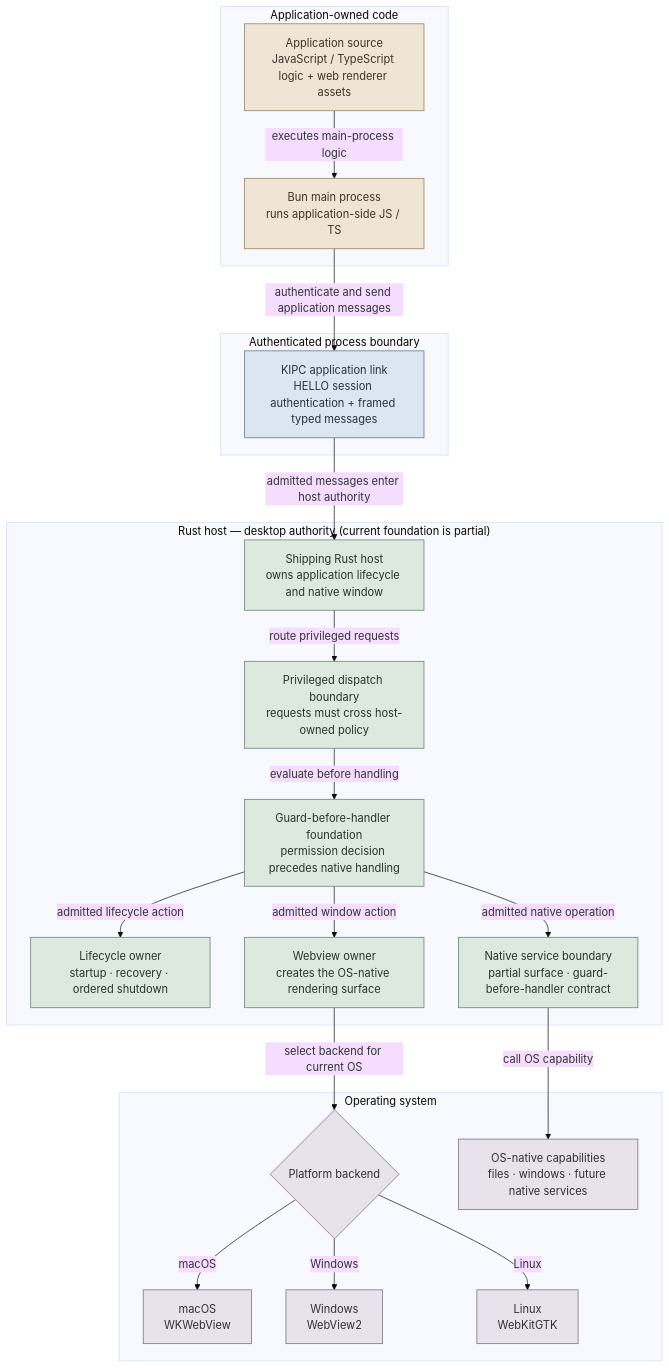
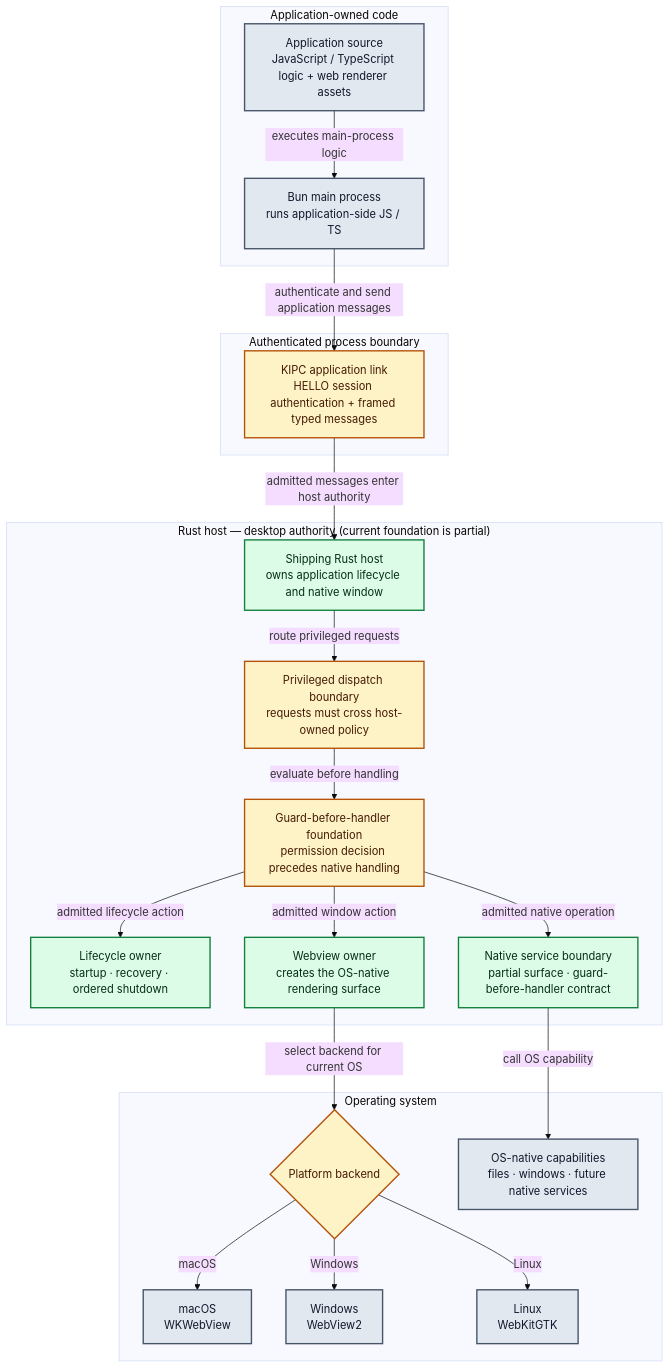
The second of 3 diagrams in README.md (gyldlab/keld), drawn with Mermaid (base theme) before and after one commit. The commit also changed other lines of this file, not shown here.

Commit message:
docs(readme): align prerequisites and Mermaid policy

````diff
--- a/README.md
+++ b/README.md
@@ -147,52 +145,52 @@
 ```mermaid
 flowchart TB
+    accTitle: KELD runtime and desktop authority boundary
+    accDescr: Application JavaScript and TypeScript run in Bun, authenticate through the KIPC application link, and cross into the Rust host, which owns lifecycle, policy, native operations, and the operating-system webview backends.
     subgraph APPLICATION["Application-owned code"]
         APP["Application source<br/>JavaScript / TypeScript logic + web renderer assets"]
         BUN["Bun main process<br/>runs application-side JS / TS"]
         APP -->|"executes main-process logic"| BUN
     end
 
     subgraph TRUST["Authenticated process boundary"]
         KIPC["KIPC application link<br/>HELLO session authentication + framed typed messages"]
     end
 
     subgraph RUST["Rust host — desktop authority (current foundation is partial)"]
         HOST["Shipping Rust host<br/>owns application lifecycle and native window"]
         DISPATCH["Privileged dispatch boundary<br/>requests must cross host-owned policy"]
         GUARD["Guard-before-handler foundation<br/>permission decision precedes native handling"]
         LIFECYCLE["Lifecycle owner<br/>startup · recovery · ordered shutdown"]
         WEBVIEW["Webview owner<br/>creates the OS-native rendering surface"]
         NATIVE["Native service boundary<br/>partial surface · guard-before-handler contract"]
     end
 
     subgraph OS["Operating system"]
         BACKEND{"Platform backend"}
         WK["macOS<br/>WKWebView"]
         WV2["Windows<br/>WebView2"]
         WGTK["Linux<br/>WebKitGTK"]
         SERVICES["OS-native capabilities<br/>files · windows · future native services"]
     end
 
     BUN -->|"authenticate and send application messages"| KIPC
     KIPC -->|"admitted messages enter host authority"| HOST
     HOST -->|"route privileged requests"| DISPATCH
     DISPATCH -->|"evaluate before handling"| GUARD
     GUARD -->|"admitted lifecycle action"| LIFECYCLE
     GUARD -->|"admitted window action"| WEBVIEW
     GUARD -->|"admitted native operation"| NATIVE
     WEBVIEW -->|"select backend for current OS"| BACKEND
     BACKEND -->|"macOS"| WK
     BACKEND -->|"Windows"| WV2
     BACKEND -->|"Linux"| WGTK
     NATIVE -->|"call OS capability"| SERVICES
 
-    classDef app fill:#EEE5D5,stroke:#9B8867,color:#3B3428,stroke-width:1.2px;
-    classDef transport fill:#DCE6F2,stroke:#72879A,color:#26343F,stroke-width:1.3px;
-    classDef authority fill:#DDE9DF,stroke:#718A76,color:#26352A,stroke-width:1.2px;
-    classDef platform fill:#E7E2EC,stroke:#84798E,color:#342E39,stroke-width:1.2px;
+    classDef current fill:#dcfce7,stroke:#15803d,color:#052e16,stroke-width:2px
+    classDef gate fill:#fef3c7,stroke:#b45309,color:#451a03,stroke-width:2px
+    classDef external fill:#e2e8f0,stroke:#475569,color:#0f172a,stroke-width:2px
 
-    class APP,BUN app;
-    class KIPC transport;
-    class HOST,DISPATCH,GUARD,LIFECYCLE,WEBVIEW,NATIVE authority;
-    class BACKEND,WK,WV2,WGTK,SERVICES platform;
+    class HOST,LIFECYCLE,WEBVIEW,NATIVE current;
+    class KIPC,DISPATCH,GUARD,BACKEND gate;
+    class APP,BUN,WK,WV2,WGTK,SERVICES external;
 ```
````
